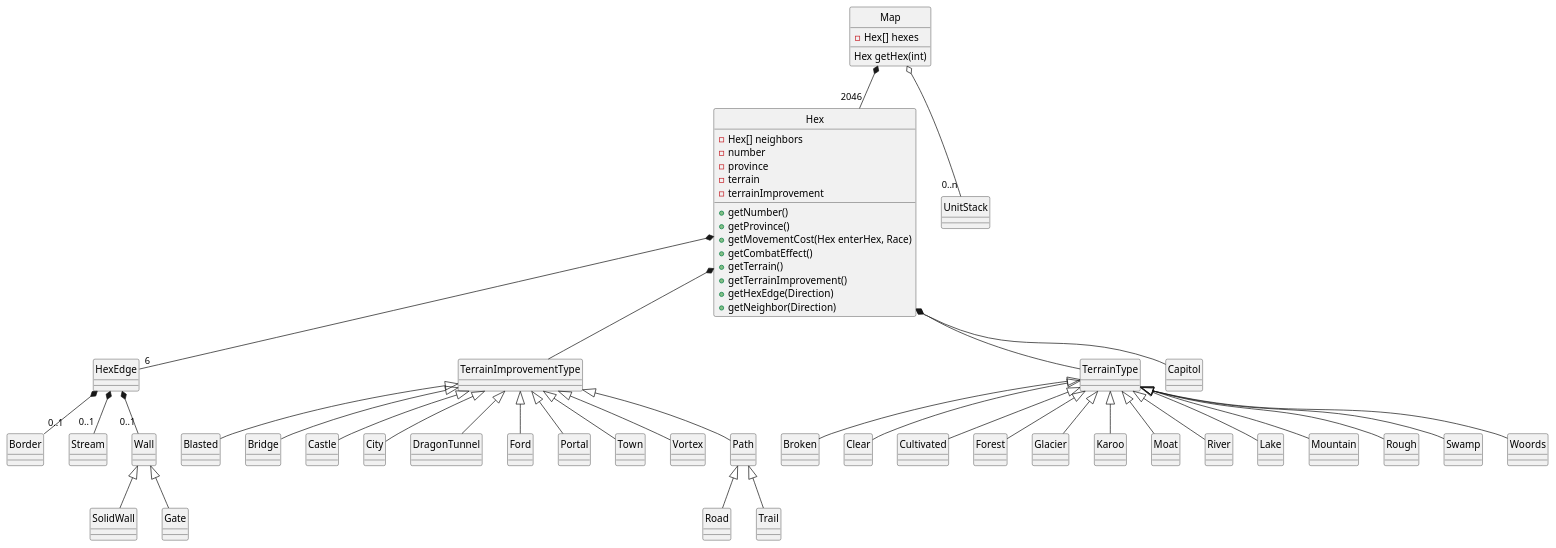
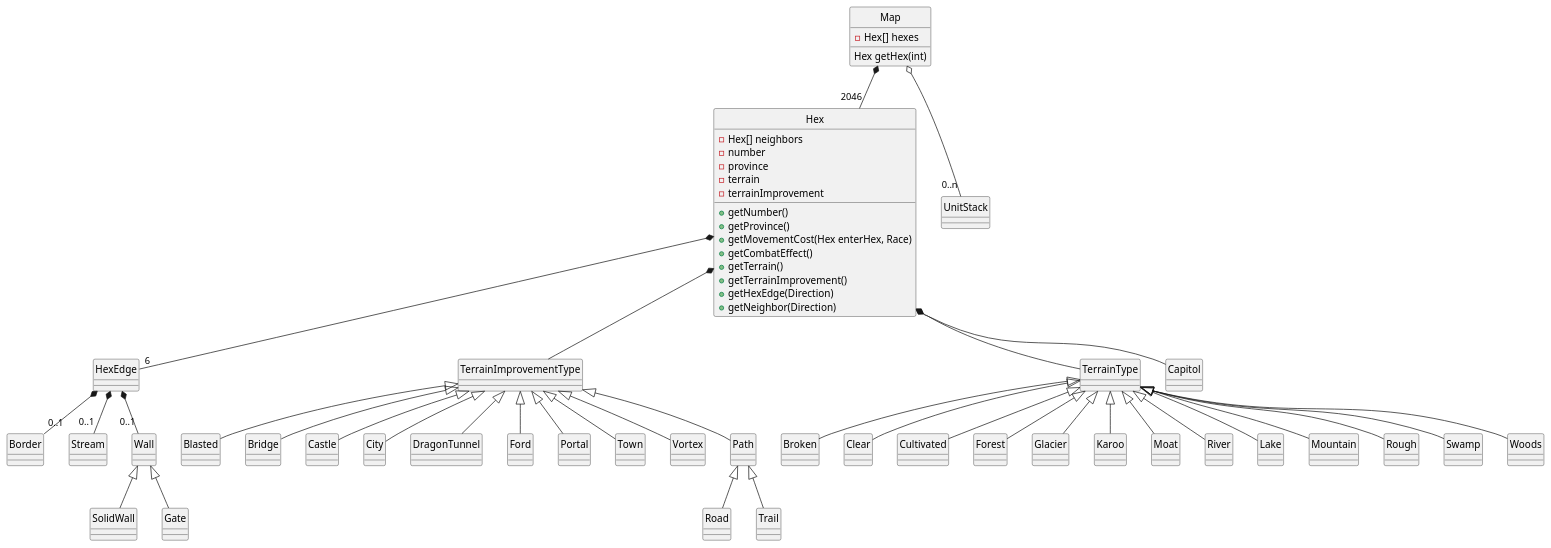
One commit to CS383-Sword-and-Sorcery/HW3 changed the diagram in mapmove.pu. Above: the diagram before and after it, drawn with PlantUML.

```diff
--- a/mapmove.pu
+++ b/mapmove.pu
@@ -1,64 +1,64 @@
 @startuml
 hide circle
 ' <|-- is "extention" and used for class inheritence
 ' *-- is composition (static aggregation), for when b is permanently "part of" a
 ' o-- is aggregation (dynamic aggregation)
 
 class Map {
     -Hex[] hexes
 	Hex getHex(int)
 }
 
 class Hex {
 	-Hex[] neighbors
     -number
     -province
     -terrain
     -terrainImprovement
     +getNumber()
     +getProvince()
     +getMovementCost(Hex enterHex, Race)
     +getCombatEffect()
     +getTerrain()
     +getTerrainImprovement()
 	+getHexEdge(Direction)
     +getNeighbor(Direction)
 }
 
 Map o-- "0..n" UnitStack
 Map *-- "2046" Hex
 Hex *-- "6" HexEdge
 Hex *-- TerrainImprovementType
 Hex *-- TerrainType
 Hex *-- Capitol
 HexEdge *-- "0..1" Border
 HexEdge *-- "0..1" Stream
 HexEdge *-- "0..1" Wall
                    Wall <|-- SolidWall
                    Wall <|-- Gate
 TerrainType <|-- Broken
 TerrainType <|-- Clear
 TerrainType <|-- Cultivated
 TerrainType <|-- Forest
 TerrainType <|-- Glacier
 TerrainType <|-- Karoo
 TerrainType <|-- Moat
 TerrainType <|-- River
 TerrainType <|-- Lake
 TerrainType <|-- Mountain
 TerrainType <|-- Rough
 TerrainType <|-- Swamp
-TerrainType <|-- Woords
+TerrainType <|-- Woods
 TerrainImprovementType <|-- Blasted
 TerrainImprovementType <|-- Bridge
 TerrainImprovementType <|-- Castle
 TerrainImprovementType <|-- City
 TerrainImprovementType <|-- DragonTunnel
 TerrainImprovementType <|-- Ford
 TerrainImprovementType <|-- Portal
 TerrainImprovementType <|-- Town
 TerrainImprovementType <|-- Vortex
 TerrainImprovementType <|-- Path
                             Path <|-- Road
                             Path <|-- Trail
 @enduml
```
